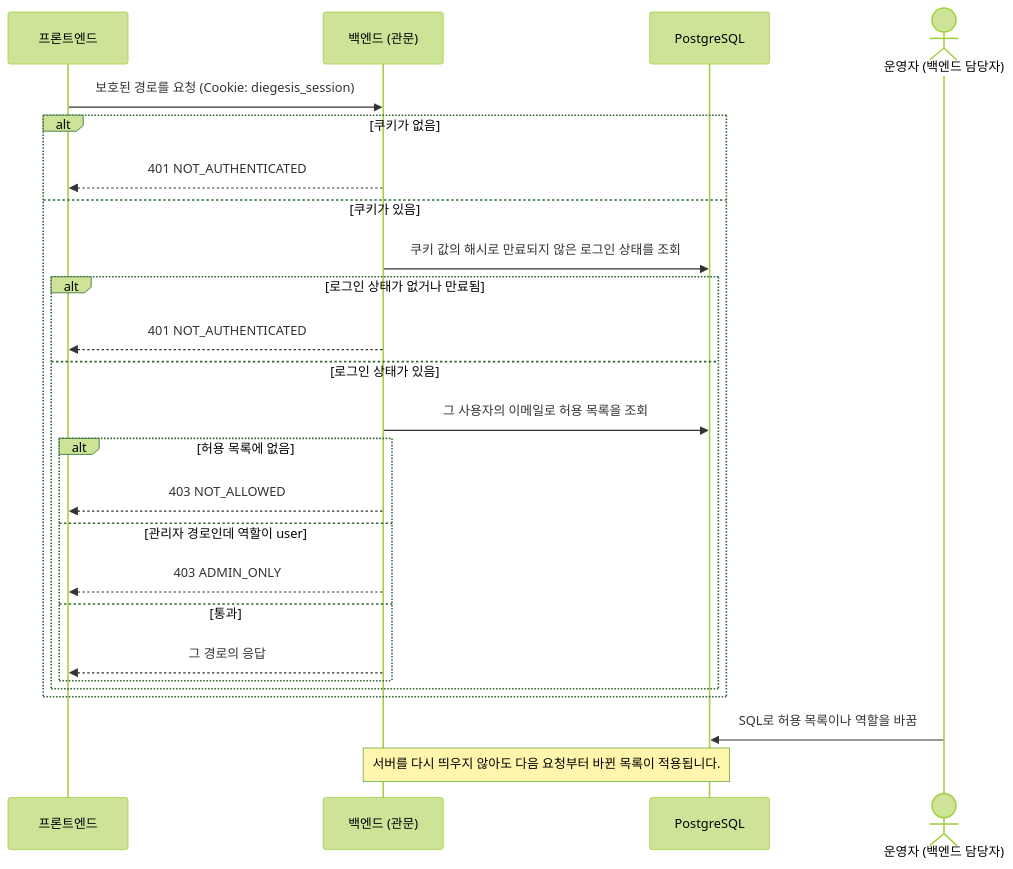
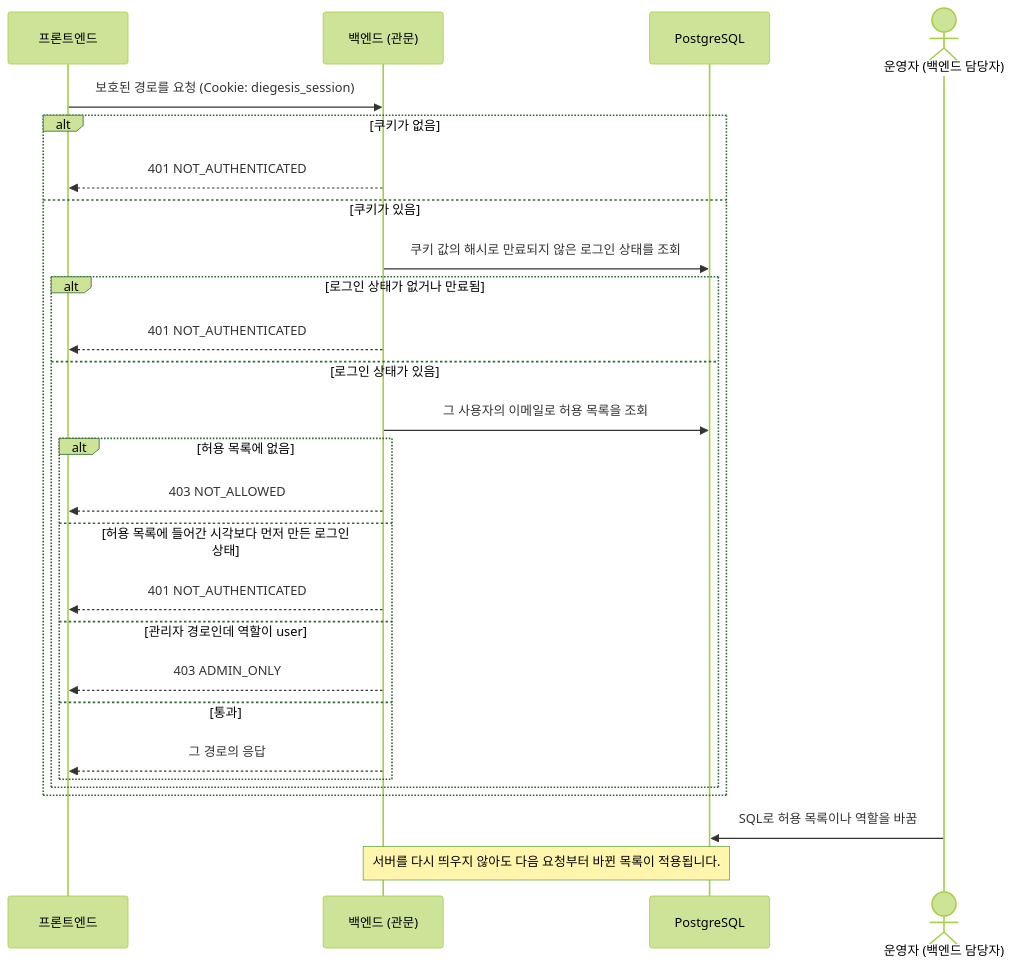
Before and after one commit to diegesis-labs/BE: the first of 5 diagrams in docs/API.md, drawn with Mermaid (forest theme). The commit also changed other lines of this file and 12 other files, not shown here.

````diff
--- a/docs/API.md
+++ b/docs/API.md
@@ -41,28 +41,30 @@
 ```mermaid
 sequenceDiagram
   participant FE as 프론트엔드
   participant BE as 백엔드 (관문)
   participant DB as PostgreSQL
   actor OP as 운영자 (백엔드 담당자)
 
   FE->>BE: 보호된 경로를 요청 (Cookie: diegesis_session)
   alt 쿠키가 없음
     BE-->>FE: 401 NOT_AUTHENTICATED
   else 쿠키가 있음
     BE->>DB: 쿠키 값의 해시로 만료되지 않은 로그인 상태를 조회
     alt 로그인 상태가 없거나 만료됨
       BE-->>FE: 401 NOT_AUTHENTICATED
     else 로그인 상태가 있음
       BE->>DB: 그 사용자의 이메일로 허용 목록을 조회
       alt 허용 목록에 없음
         BE-->>FE: 403 NOT_ALLOWED
+      else 허용 목록에 들어간 시각보다 먼저 만든 로그인 상태
+        BE-->>FE: 401 NOT_AUTHENTICATED
       else 관리자 경로인데 역할이 user
         BE-->>FE: 403 ADMIN_ONLY
       else 통과
         BE-->>FE: 그 경로의 응답
       end
     end
   end
   OP->>DB: SQL로 허용 목록이나 역할을 바꿈
   Note over BE,DB: 서버를 다시 띄우지 않아도 다음 요청부터 바뀐 목록이 적용됩니다.
 ```
````
